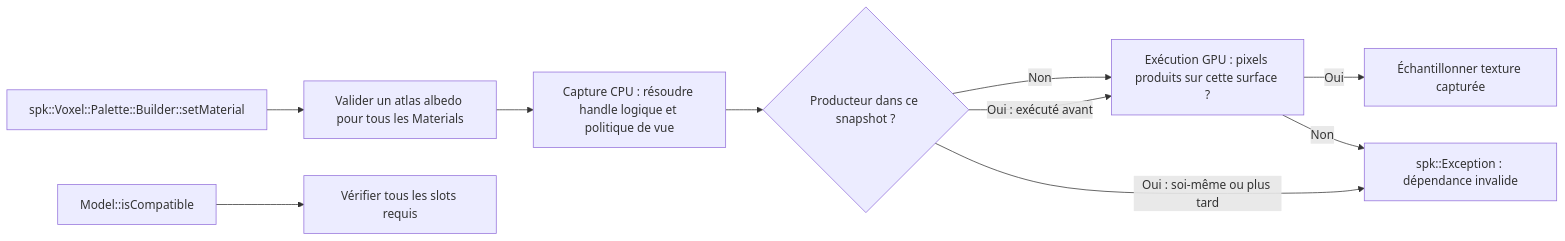
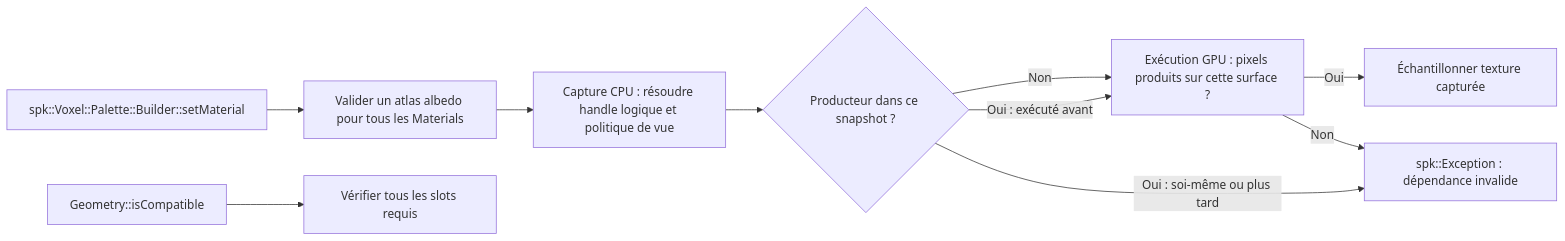
Before and after one commit to EreliaStudio/Sparkle: the fifth of 10 diagrams in docs/voxel-engine-v0.1.4/07-vues-et-passes.md, drawn with Mermaid. The commit also changed other lines of this file and 2 other files, not shown here.

Commit message:
docs: align future rendering and acceptance contracts with Geometry and Model3D

````diff
--- a/docs/voxel-engine-v0.1.4/07-vues-et-passes.md
+++ b/docs/voxel-engine-v0.1.4/07-vues-et-passes.md
@@ -396,12 +396,12 @@
 ```mermaid
 flowchart LR
   Palette["spk::Voxel::Palette::Builder::setMaterial"] --> Atlas["Valider un atlas albedo pour tous les Materials"]
-  Model["Model::isCompatible"] --> Slots["Vérifier tous les slots requis"]
+  Geometry["Geometry::isCompatible"] --> Slots["Vérifier tous les slots requis"]
   Atlas --> Capture["Capture CPU : résoudre handle logique et politique de vue"]
   Capture --> Earlier{"Producteur dans ce snapshot ?"}
   Earlier -->|"Oui : exécuté avant"| GPU["Exécution GPU : pixels produits sur cette surface ?"]
   Earlier -->|"Oui : soi-même ou plus tard"| Reject["spk::Exception : dépendance invalide"]
   Earlier -->|"Non"| GPU
   GPU -->|"Oui"| Sample["Échantillonner texture capturée"]
   GPU -->|"Non"| Reject
 ```
````
